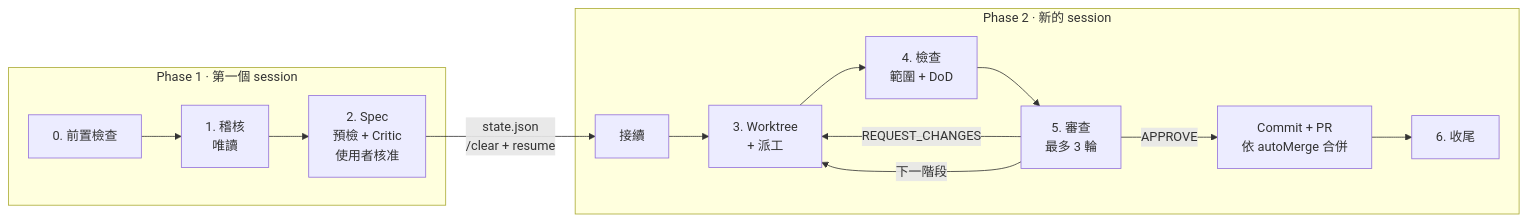
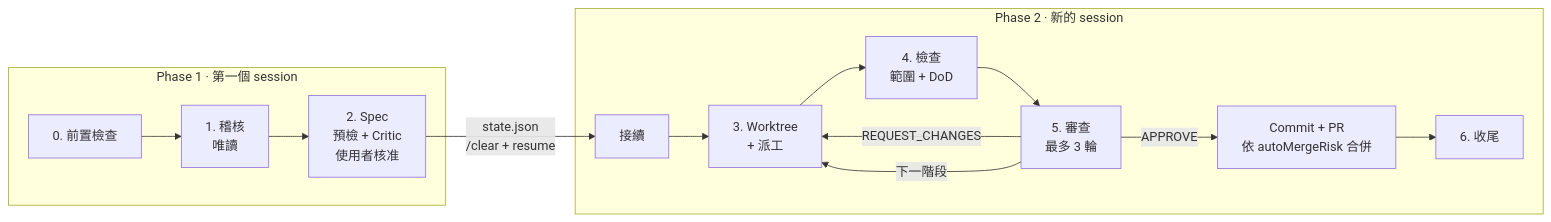
The diagram in README.zh-TW.md (cosmo-chang-1701/spec-ops), drawn with Mermaid before and after one commit. The commit also changed other lines of this file and 8 other files, not shown here.

First line of the commit message:
Fewer session splits, auto-merge L/M by default, add user config (#8)

````diff
--- a/README.zh-TW.md
+++ b/README.zh-TW.md
@@ -75,17 +75,17 @@
 ```mermaid
 flowchart LR
     subgraph P1[Phase 1 · 第一個 session]
     A[0. 前置檢查] --> B[1. 稽核<br/>唯讀]
     B --> C[2. Spec<br/>預檢 + Critic<br/>使用者核准]
     end
     C -->|state.json<br/>/clear + resume| R[接續]
     subgraph P2[Phase 2 · 新的 session]
     R --> D[3. Worktree<br/>+ 派工]
     D --> E[4. 檢查<br/>範圍 + DoD]
     E --> F[5. 審查<br/>最多 3 輪]
     F -->|REQUEST_CHANGES| D
     F -->|下一階段| D
-    F -->|APPROVE| PR[Commit + PR<br/>依 autoMerge 合併]
+    F -->|APPROVE| PR[Commit + PR<br/>依 autoMergeRisk 合併]
     PR --> G[6. 收尾]
     end
 ```
````
